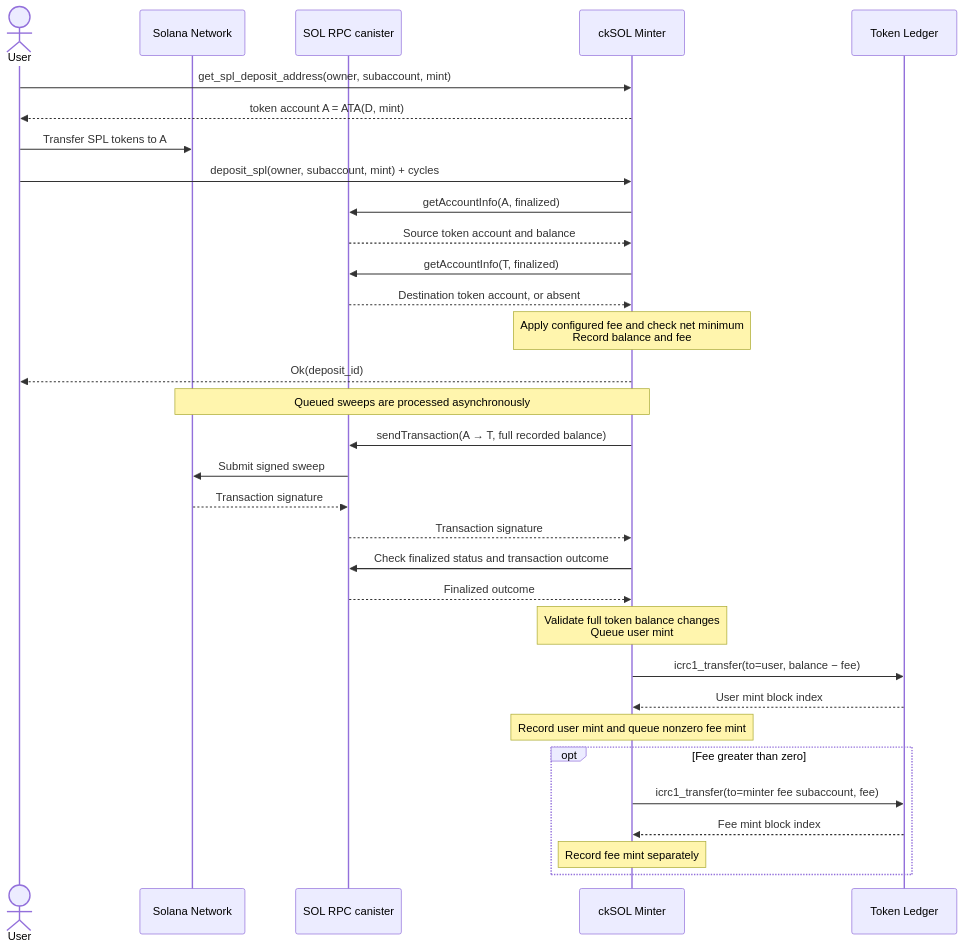
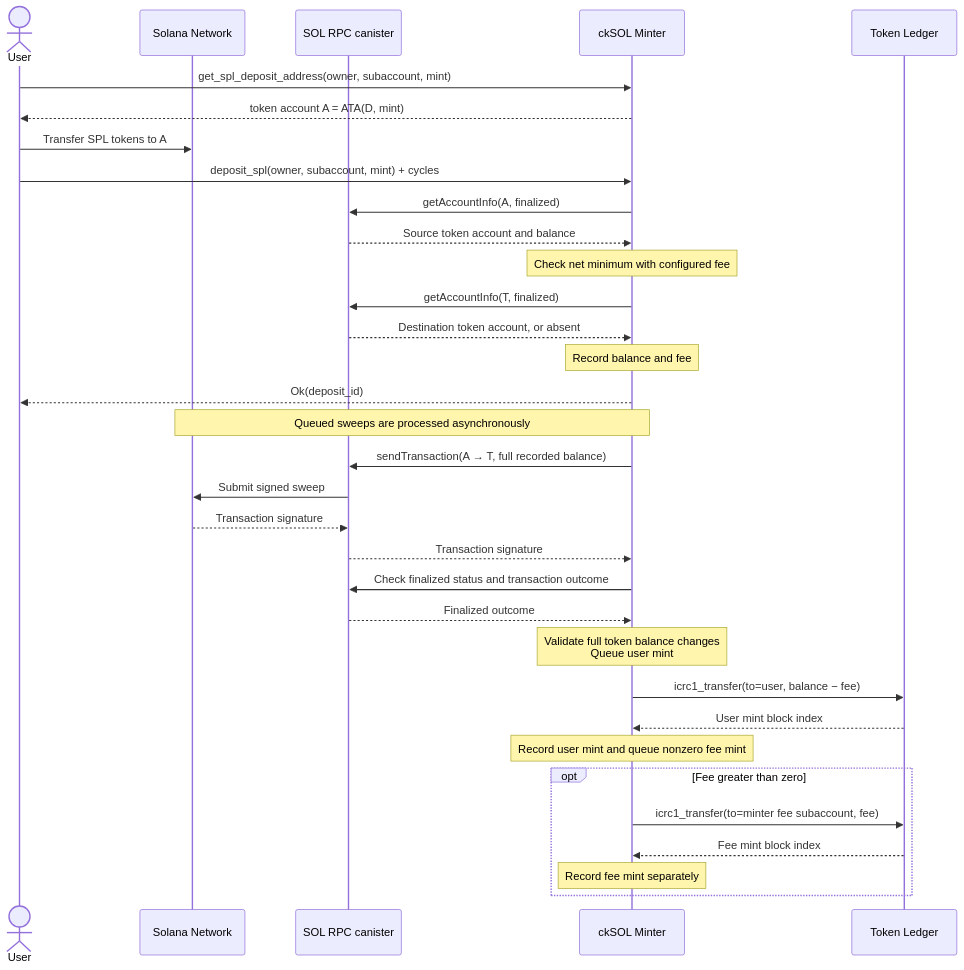
The first of 3 diagrams in docs/ckspl-deposit.md (pxr64/cksol), drawn with Mermaid before and after one commit. The commit also changed other lines of this file and 24 other files, not shown here.

Commit message:
refactor: remove XRC fee logic and check the net minimum early

````diff
--- a/docs/ckspl-deposit.md
+++ b/docs/ckspl-deposit.md
@@ -61,36 +61,37 @@
 ```mermaid
 sequenceDiagram
     actor User
     participant Solana as Solana Network
     participant RPC as SOL RPC canister
     participant Minter as ckSOL Minter
     participant Ledger as Token Ledger
 
     User->>Minter: get_spl_deposit_address(owner, subaccount, mint)
     Minter-->>User: token account A = ATA(D, mint)
     User->>Solana: Transfer SPL tokens to A
     User->>Minter: deposit_spl(owner, subaccount, mint) + cycles
     Minter->>RPC: getAccountInfo(A, finalized)
     RPC-->>Minter: Source token account and balance
+    Note over Minter: Check net minimum with configured fee
     Minter->>RPC: getAccountInfo(T, finalized)
     RPC-->>Minter: Destination token account, or absent
-    Note over Minter: Apply configured fee and check net minimum<br/>Record balance and fee
+    Note over Minter: Record balance and fee
     Minter-->>User: Ok(deposit_id)
 
     Note over Minter,Solana: Queued sweeps are processed asynchronously
     Minter->>RPC: sendTransaction(A → T, full recorded balance)
     RPC->>Solana: Submit signed sweep
     Solana-->>RPC: Transaction signature
     RPC-->>Minter: Transaction signature
     Minter->>RPC: Check finalized status and transaction outcome
     RPC-->>Minter: Finalized outcome
     Note over Minter: Validate full token balance changes<br/>Queue user mint
     Minter->>Ledger: icrc1_transfer(to=user, balance − fee)
     Ledger-->>Minter: User mint block index
     Note over Minter: Record user mint and queue nonzero fee mint
     opt Fee greater than zero
         Minter->>Ledger: icrc1_transfer(to=minter fee subaccount, fee)
         Ledger-->>Minter: Fee mint block index
         Note over Minter: Record fee mint separately
     end
 ```
````
